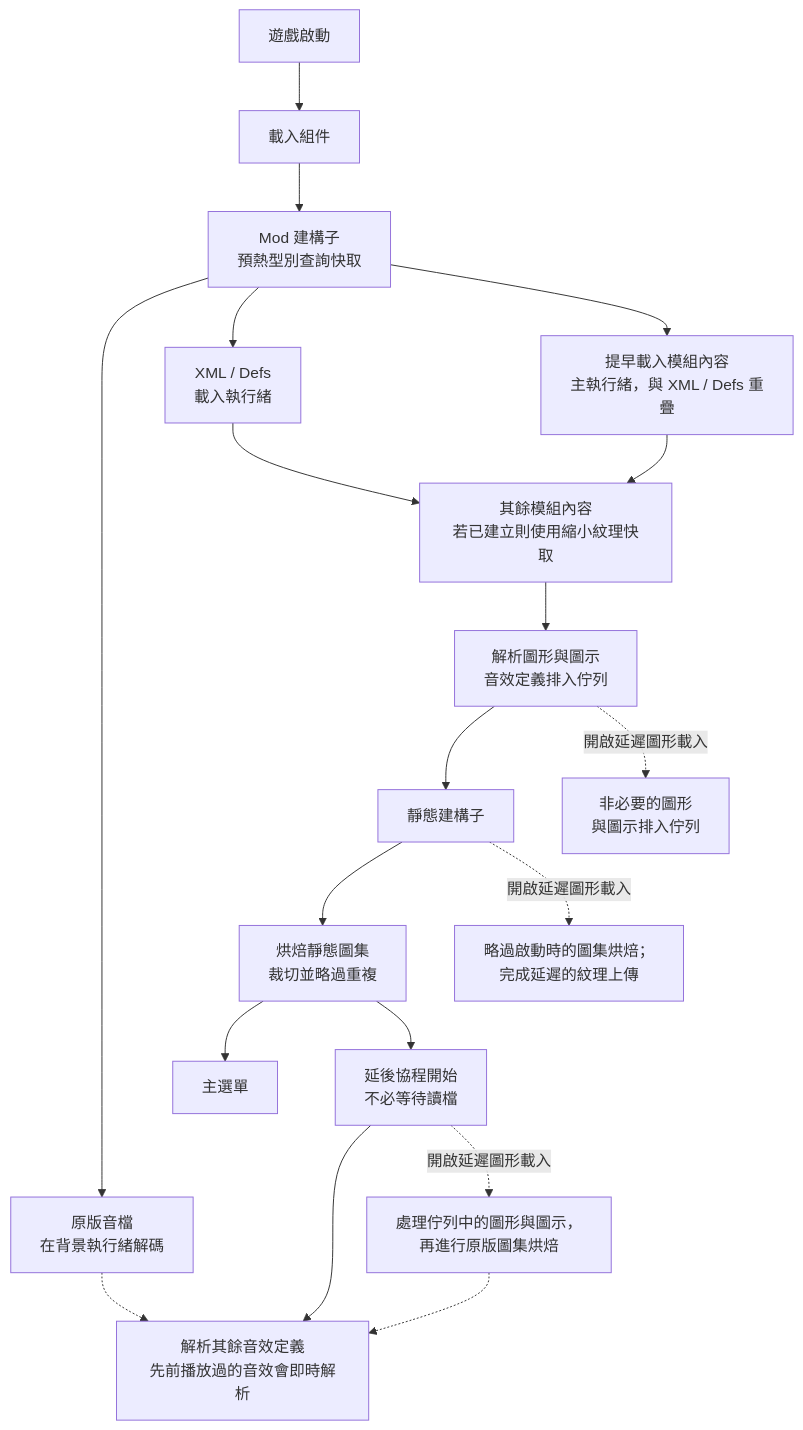
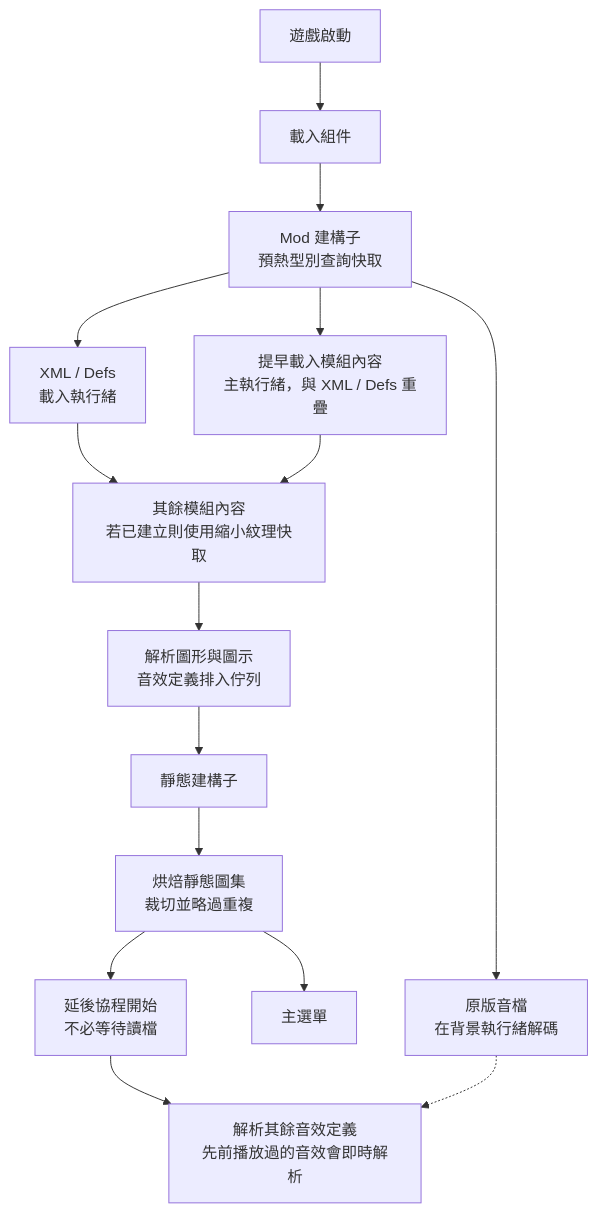
Before and after one commit to mushroomTW/FasterGameLoading---Continued: the diagram in 1.7/README.zh-TW.md, drawn with Mermaid. The commit also changed other lines of this file and 62 other files, not shown here.

First line of the commit message:
refactor(1.7): 移除延遲圖形載入並修正審查發現的問題

````diff
--- a/1.7/README.zh-TW.md
+++ b/1.7/README.zh-TW.md
@@ -20,21 +20,17 @@
 ```mermaid
 graph TD
     A[遊戲啟動] --> B[載入組件]
     B --> C[Mod 建構子<br/>預熱型別查詢快取]
     C --> S[原版音檔<br/>在背景執行緒解碼]
     C --> D[XML / Defs<br/>載入執行緒]
     C --> E[提早載入模組內容<br/>主執行緒，與 XML / Defs 重疊]
     D --> F[其餘模組內容<br/>若已建立則使用縮小紋理快取]
     E --> F
     F --> G[解析圖形與圖示<br/>音效定義排入佇列]
     G --> H[靜態建構子]
     H --> I[烘焙靜態圖集<br/>裁切並略過重複]
     I --> J[主選單]
     I --> K[延後協程開始<br/>不必等待讀檔]
     K --> L[解析其餘音效定義<br/>先前播放過的音效會即時解析]
     S -.-> L
-    G -. 開啟延遲圖形載入 .-> M[非必要的圖形<br/>與圖示排入佇列]
-    H -. 開啟延遲圖形載入 .-> N[略過啟動時的圖集烘焙；<br/>完成延遲的紋理上傳]
-    K -. 開啟延遲圖形載入 .-> O[處理佇列中的圖形與圖示，<br/>再進行原版圖集烘焙]
-    O -.-> L
 ```
````
